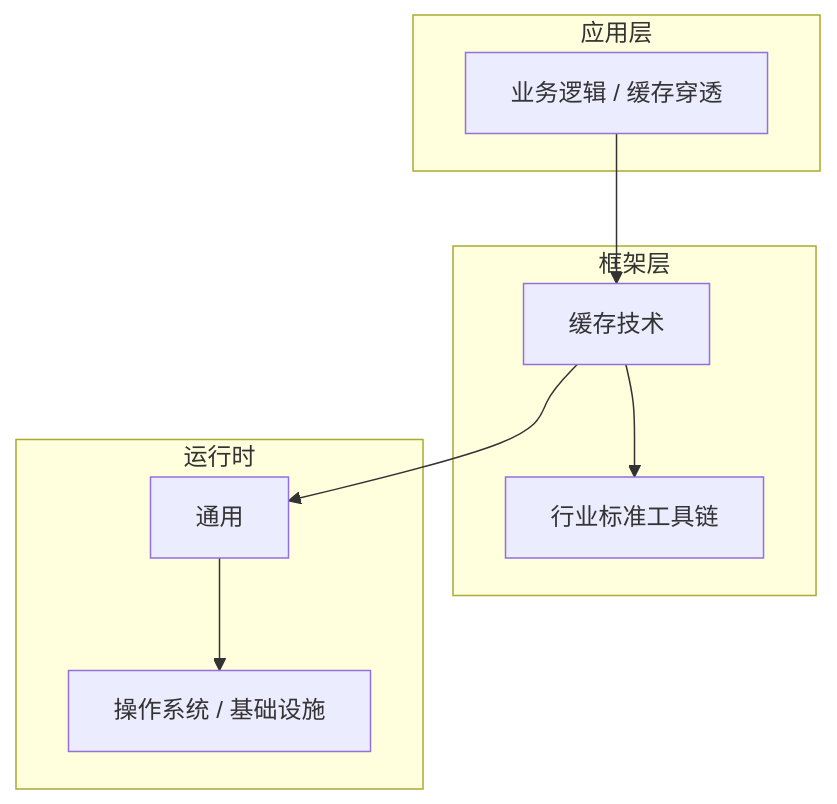
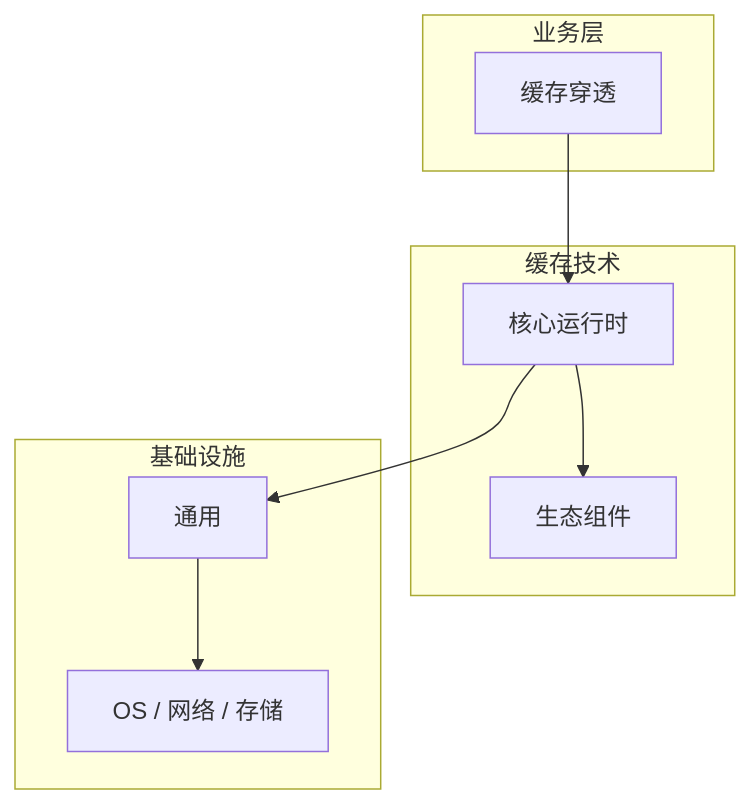
Before and after one commit to yanggan2015/knowledge-json-v2: the diagram in articles/缓存技术/chapters/013-缓存穿透核心概念与原理.md, drawn with Mermaid. The commit also changed other lines of this file and 10127 other files, not shown here.

````diff
--- a/articles/缓存技术/chapters/013-缓存穿透核心概念与原理.md
+++ b/articles/缓存技术/chapters/013-缓存穿透核心概念与原理.md
@@ -45,18 +34,18 @@
 ```mermaid
 graph TB
-    subgraph 应用层
-        A[业务逻辑 / 缓存穿透]
+    subgraph 业务层
+        A[缓存穿透]
     end
-    subgraph 框架层
-        B[缓存技术]
-        C[行业标准工具链]
+    subgraph 缓存技术
+        B[核心运行时]
+        C[生态组件]
     end
-    subgraph 运行时
+    subgraph 基础设施
         D[通用]
-        E[操作系统 / 基础设施]
+        E[OS / 网络 / 存储]
     end
     A --> B
     B --> C
     B --> D
     D --> E
 ```
````
